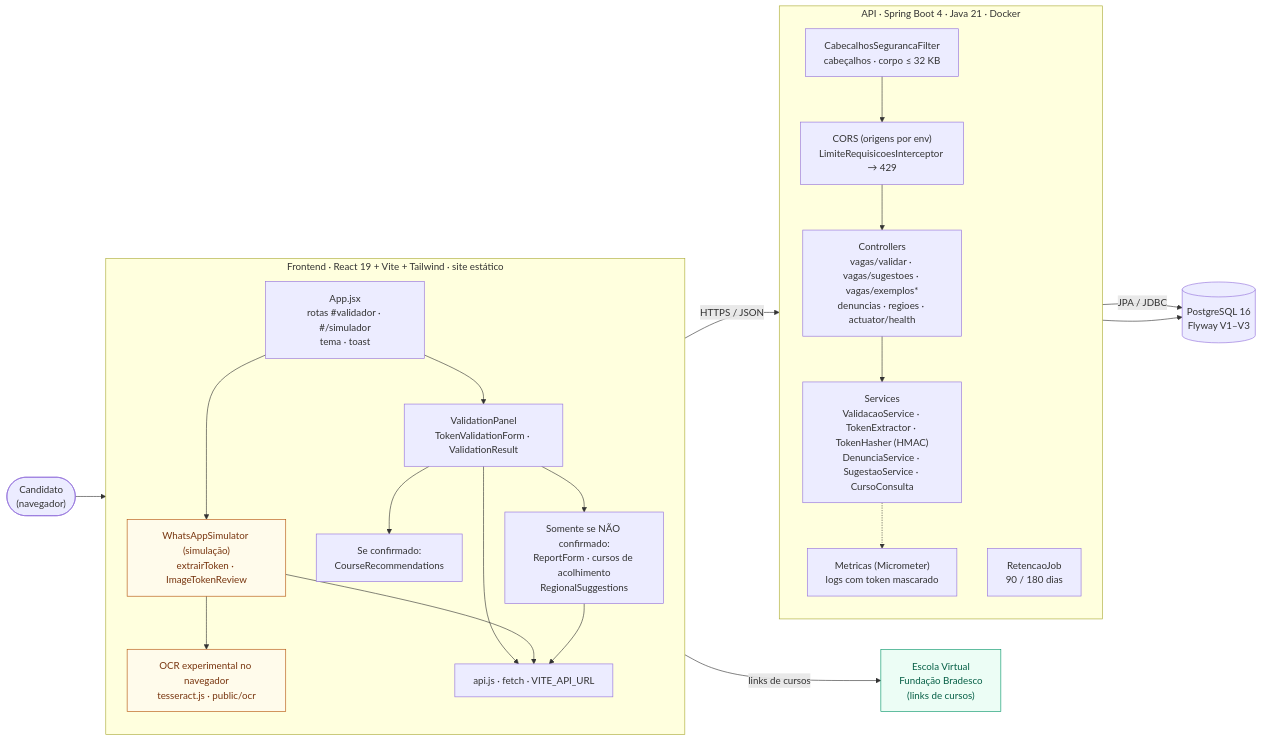
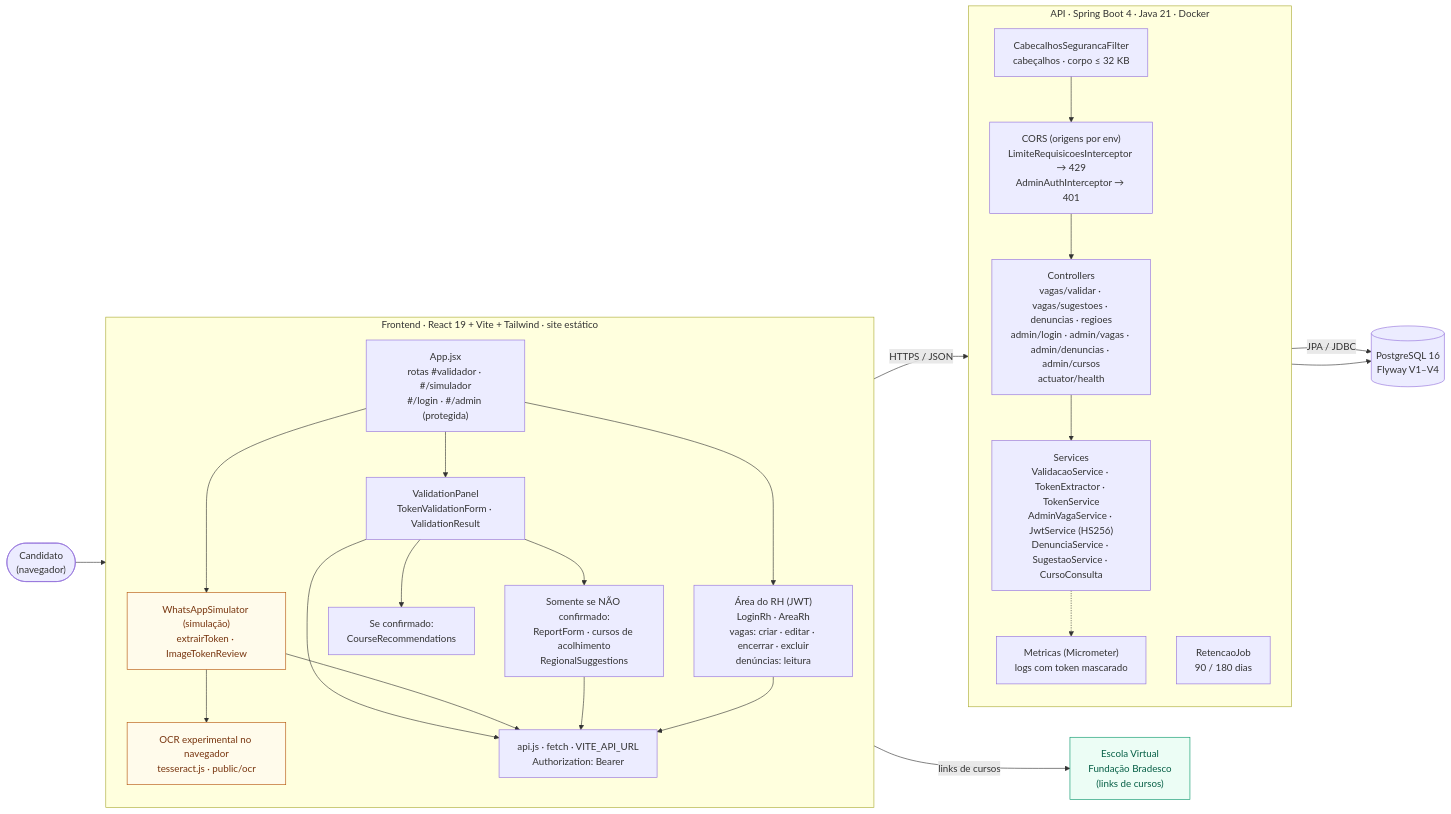
Before and after one commit to Rafael17Wenzel/Antigolpe: the diagram in docs/arquitetura.md, drawn with Mermaid. The commit also changed other lines of this file and 63 other files, not shown here.

````diff
--- a/docs/arquitetura.md
+++ b/docs/arquitetura.md
@@ -15,45 +15,46 @@
 ```mermaid
 flowchart LR
   user(["Candidato<br/>(navegador)"])
 
   subgraph FE["Frontend · React 19 + Vite + Tailwind · site estático"]
     direction TB
-    app["App.jsx<br/>rotas #validador · #/simulador<br/>tema · toast"]
+    app["App.jsx<br/>rotas #validador · #/simulador<br/>#/login · #/admin (protegida)"]
     panel["ValidationPanel<br/>TokenValidationForm · ValidationResult"]
     neg["Somente se NÃO confirmado:<br/>ReportForm · cursos de acolhimento<br/>RegionalSuggestions"]
     pos["Se confirmado:<br/>CourseRecommendations"]
     chat["WhatsAppSimulator (simulação)<br/>extrairToken · ImageTokenReview"]
     ocr["OCR experimental no navegador<br/>tesseract.js · public/ocr"]
-    api["api.js · fetch · VITE_API_URL"]
-    app --> panel & chat
+    rh["Área do RH (JWT)<br/>LoginRh · AreaRh<br/>vagas: criar · editar · encerrar · excluir<br/>denúncias: leitura"]
+    api["api.js · fetch · VITE_API_URL<br/>Authorization: Bearer"]
+    app --> panel & chat & rh
     panel --> pos & neg
     chat --> ocr
-    panel & chat & neg --> api
+    panel & chat & neg & rh --> api
   end
 
   subgraph BE["API · Spring Boot 4 · Java 21 · Docker"]
     direction TB
     filt["CabecalhosSegurancaFilter<br/>cabeçalhos · corpo ≤ 32 KB"]
-    lim["CORS (origens por env)<br/>LimiteRequisicoesInterceptor → 429"]
-    ctrl["Controllers<br/>vagas/validar · vagas/sugestoes · vagas/exemplos*<br/>denuncias · regioes · actuator/health"]
-    svc["Services<br/>ValidacaoService · TokenExtractor · TokenHasher (HMAC)<br/>DenunciaService · SugestaoService · CursoConsulta"]
+    lim["CORS (origens por env)<br/>LimiteRequisicoesInterceptor → 429<br/>AdminAuthInterceptor → 401"]
+    ctrl["Controllers<br/>vagas/validar · vagas/sugestoes · denuncias · regioes<br/>admin/login · admin/vagas · admin/denuncias · admin/cursos<br/>actuator/health"]
+    svc["Services<br/>ValidacaoService · TokenExtractor · TokenService<br/>AdminVagaService · JwtService (HS256)<br/>DenunciaService · SugestaoService · CursoConsulta"]
     obs["Metricas (Micrometer)<br/>logs com token mascarado"]
     job["RetencaoJob<br/>90 / 180 dias"]
     filt --> lim --> ctrl --> svc
     svc -.-> obs
   end
 
-  db[("PostgreSQL 16<br/>Flyway V1–V3")]
+  db[("PostgreSQL 16<br/>Flyway V1–V4")]
   ev["Escola Virtual<br/>Fundação Bradesco<br/>(links de cursos)"]
 
   user --> FE
   FE -- "links de cursos" --> ev
   api -- "HTTPS / JSON" --> filt
   svc -- "JPA / JDBC" --> db
   job --> db
 
   classDef ext fill:#ecfdf5,stroke:#059669,color:#065f46;
   classDef sim fill:#fffbeb,stroke:#b45309,color:#78350f;
   class ev ext;
   class chat,ocr sim;
 ```
````
